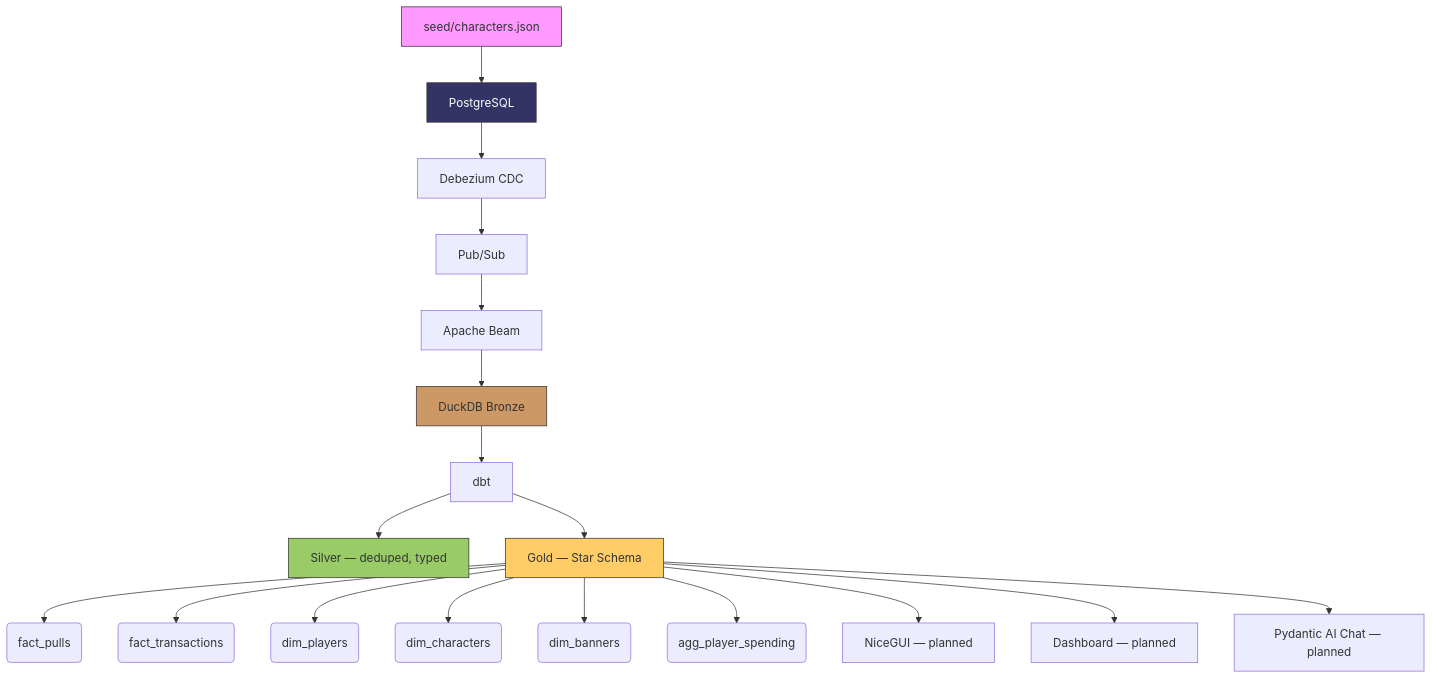
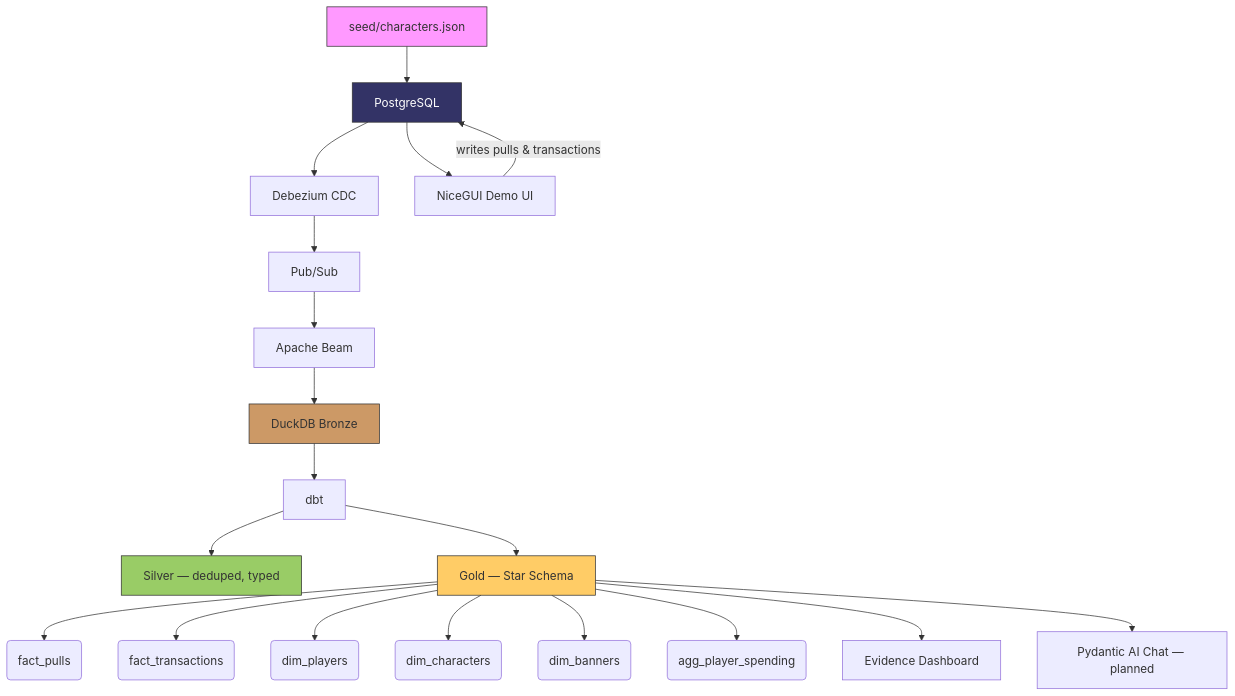
Before and after one commit to chiauhung/build-to-learn: the diagram in gacha-data-platform/README.md, drawn with Mermaid. The commit also changed other lines of this file and 15 other files, not shown here.

First line of the commit message:
add NiceGUI demo UI, demo assets, remove Langfuse for Logfire

````diff
--- a/gacha-data-platform/README.md
+++ b/gacha-data-platform/README.md
@@ -68,27 +95,28 @@
 ```mermaid
 graph TD
     A[seed/characters.json] --> B[PostgreSQL]
     B --> C[Debezium CDC]
     C --> D[Pub/Sub]
     D --> E[Apache Beam]
     E --> F[DuckDB Bronze]
     F --> G[dbt]
     G --> H[Silver — deduped, typed]
     G --> I[Gold — Star Schema]
     I --> J(fact_pulls)
     I --> K(fact_transactions)
     I --> L(dim_players)
     I --> M(dim_characters)
     I --> N(dim_banners)
     I --> O(agg_player_spending)
 
-    I --> P[NiceGUI — planned]
-    I --> Q[Dashboard — planned]
+    B --> P[NiceGUI Demo UI]
+    P -->|writes pulls & transactions| B
+    I --> Q[Evidence Dashboard]
     I --> R[Pydantic AI Chat — planned]
 
     style A fill:#f9f,stroke:#333
     style B fill:#336,stroke:#333,color:#fff
     style F fill:#c96,stroke:#333
     style H fill:#9c6,stroke:#333
     style I fill:#fc6,stroke:#333
 ```
````
